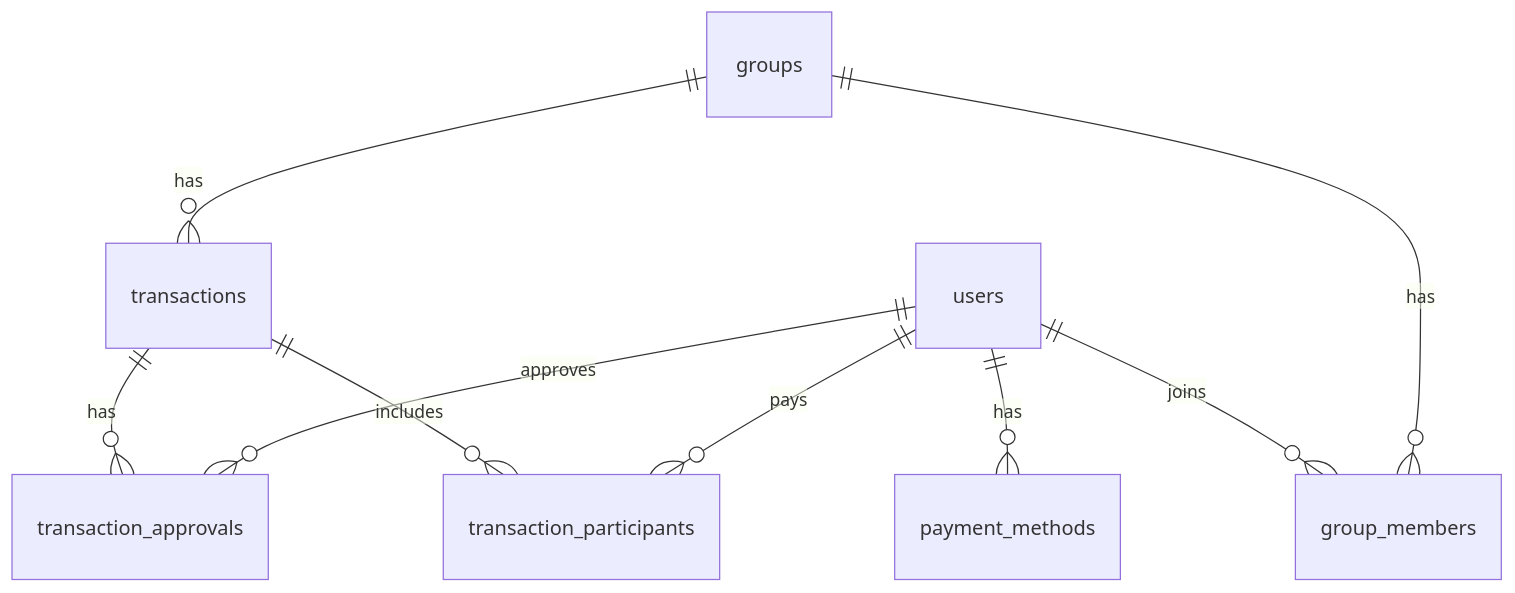
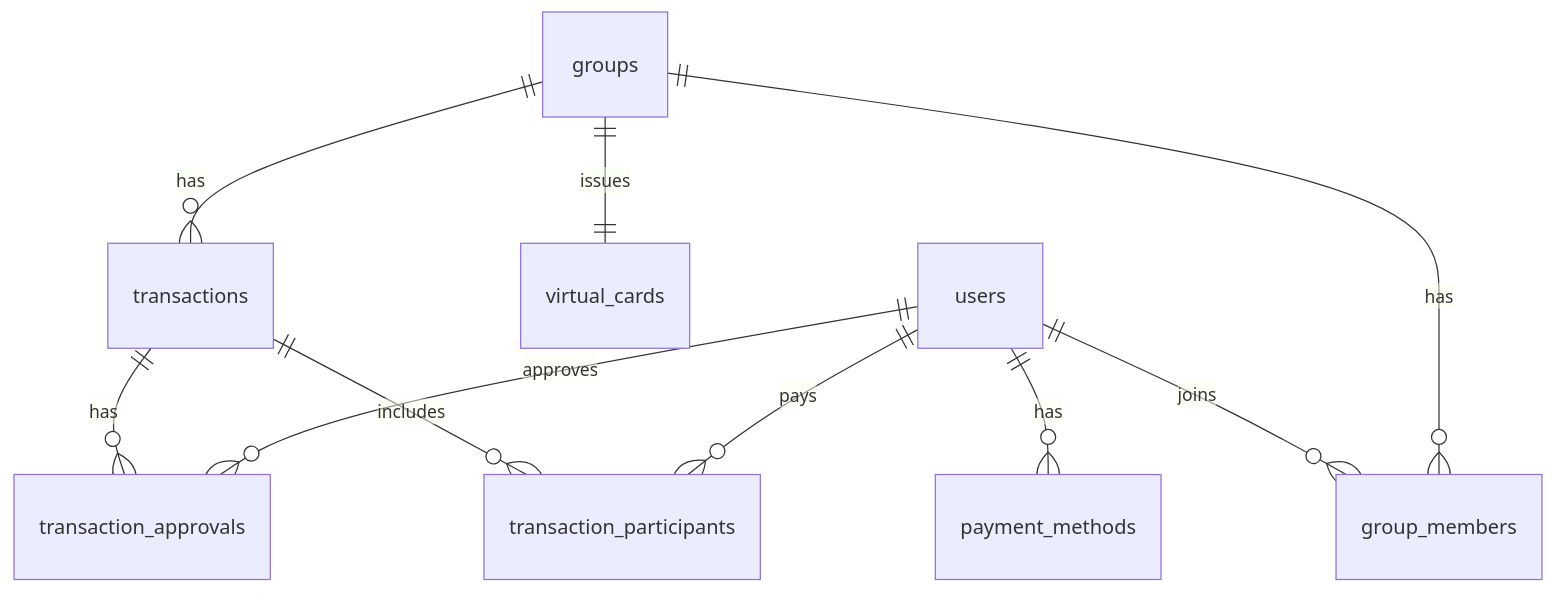
Before and after one commit to krecony/float: the diagram in docs/DATABASE.md, drawn with Mermaid. The commit also changed other lines of this file and 26 other files, not shown here.

First line of the commit message:
feat: virtual group cards, stable realtime, and mobile crash fixes

````diff
--- a/docs/DATABASE.md
+++ b/docs/DATABASE.md
@@ -7,11 +7,12 @@
 ```mermaid
 erDiagram
   users ||--o{ payment_methods : has
   users ||--o{ group_members : joins
   groups ||--o{ group_members : has
+  groups ||--|| virtual_cards : issues
   groups ||--o{ transactions : has
   transactions ||--o{ transaction_participants : includes
   transactions ||--o{ transaction_approvals : has
   users ||--o{ transaction_participants : pays
   users ||--o{ transaction_approvals : approves
 ```
````
